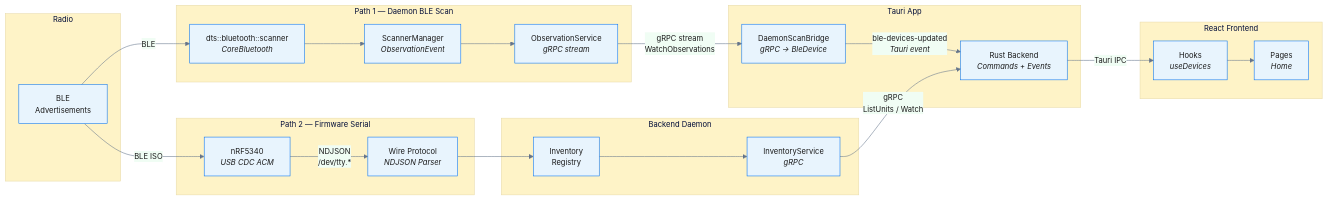
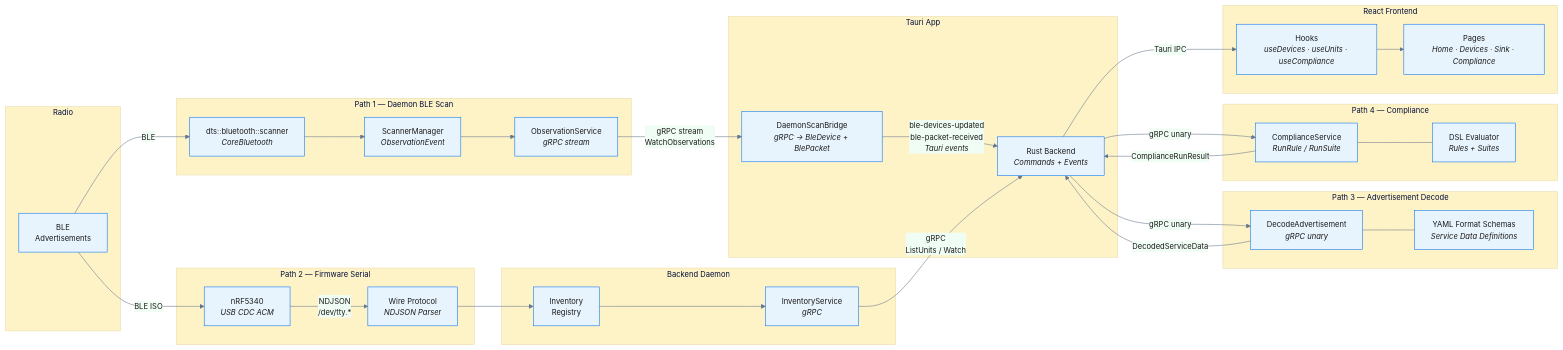
Before and after one commit to digimap2000/auracle: the diagram in docs/diagrams/ARCH-2-data-flow.mmd, drawn with Mermaid. The commit also changed 16 other files, not shown here.

```diff
--- a/docs/diagrams/ARCH-2-data-flow.mmd
+++ b/docs/diagrams/ARCH-2-data-flow.mmd
@@ -1,46 +1,64 @@
 %%{init: {'theme': 'base', 'themeVariables': {'primaryColor': '#e8f4fd', 'primaryBorderColor': '#0070f3', 'primaryTextColor': '#1a1a1a', 'secondaryColor': '#f0fdf4', 'tertiaryColor': '#fef3c7', 'lineColor': '#64748b', 'fontSize': '14px'}}}%%
 flowchart LR
     subgraph Radio["Radio"]
         BLE_ADV["BLE<br/>Advertisements"]
     end
 
     subgraph Path1["Path 1 — Daemon BLE Scan"]
         CBScanner["dts::bluetooth::scanner<br/><i>CoreBluetooth</i>"]
         ScanMgr["ScannerManager<br/><i>ObservationEvent</i>"]
         ObsSvc["ObservationService<br/><i>gRPC stream</i>"]
     end
 
     subgraph Path2["Path 2 — Firmware Serial"]
         nRF["nRF5340<br/><i>USB CDC ACM</i>"]
         WireParser["Wire Protocol<br/><i>NDJSON Parser</i>"]
     end
 
+    subgraph Path3["Path 3 — Advertisement Decode"]
+        DecodeRPC["DecodeAdvertisement<br/><i>gRPC unary</i>"]
+        YAMLFormats["YAML Format Schemas<br/><i>Service Data Definitions</i>"]
+    end
+
+    subgraph Path4["Path 4 — Compliance"]
+        CompRPC["ComplianceService<br/><i>RunRule / RunSuite</i>"]
+        DSLEngine["DSL Evaluator<br/><i>Rules + Suites</i>"]
+    end
+
     subgraph DaemonSvc["Backend Daemon"]
         Inventory["Inventory<br/>Registry"]
         InvSvc["InventoryService<br/><i>gRPC</i>"]
     end
 
     subgraph TauriApp["Tauri App"]
-        ScanBridge["DaemonScanBridge<br/><i>gRPC → BleDevice</i>"]
+        ScanBridge["DaemonScanBridge<br/><i>gRPC → BleDevice + BlePacket</i>"]
         RustBE["Rust Backend<br/><i>Commands + Events</i>"]
     end
 
     subgraph UI["React Frontend"]
-        Hooks["Hooks<br/><i>useDevices</i>"]
-        Pages["Pages<br/><i>Home</i>"]
+        Hooks["Hooks<br/><i>useDevices · useUnits · useCompliance</i>"]
+        Pages["Pages<br/><i>Home · Devices · Sink · Compliance</i>"]
     end
 
     BLE_ADV -->|"BLE"| CBScanner
     CBScanner --> ScanMgr
     ScanMgr --> ObsSvc
     ObsSvc -->|"gRPC stream<br/>WatchObservations"| ScanBridge
-    ScanBridge -->|"ble-devices-updated<br/><i>Tauri event</i>"| RustBE
+    ScanBridge -->|"ble-devices-updated<br/>ble-packet-received<br/><i>Tauri events</i>"| RustBE
 
     BLE_ADV -->|"BLE ISO"| nRF
     nRF -->|"NDJSON<br/>/dev/tty.*"| WireParser
     WireParser --> Inventory
     Inventory --> InvSvc
     InvSvc -->|"gRPC<br/>ListUnits / Watch"| RustBE
 
+    RustBE -->|"gRPC unary"| DecodeRPC
+    DecodeRPC --- YAMLFormats
+    DecodeRPC -->|"DecodedServiceData"| RustBE
+
+    RustBE -->|"gRPC unary"| CompRPC
+    CompRPC --- DSLEngine
+    CompRPC -->|"ComplianceRunResult"| RustBE
+
     RustBE -->|"Tauri IPC"| Hooks
     Hooks --> Pages
```
